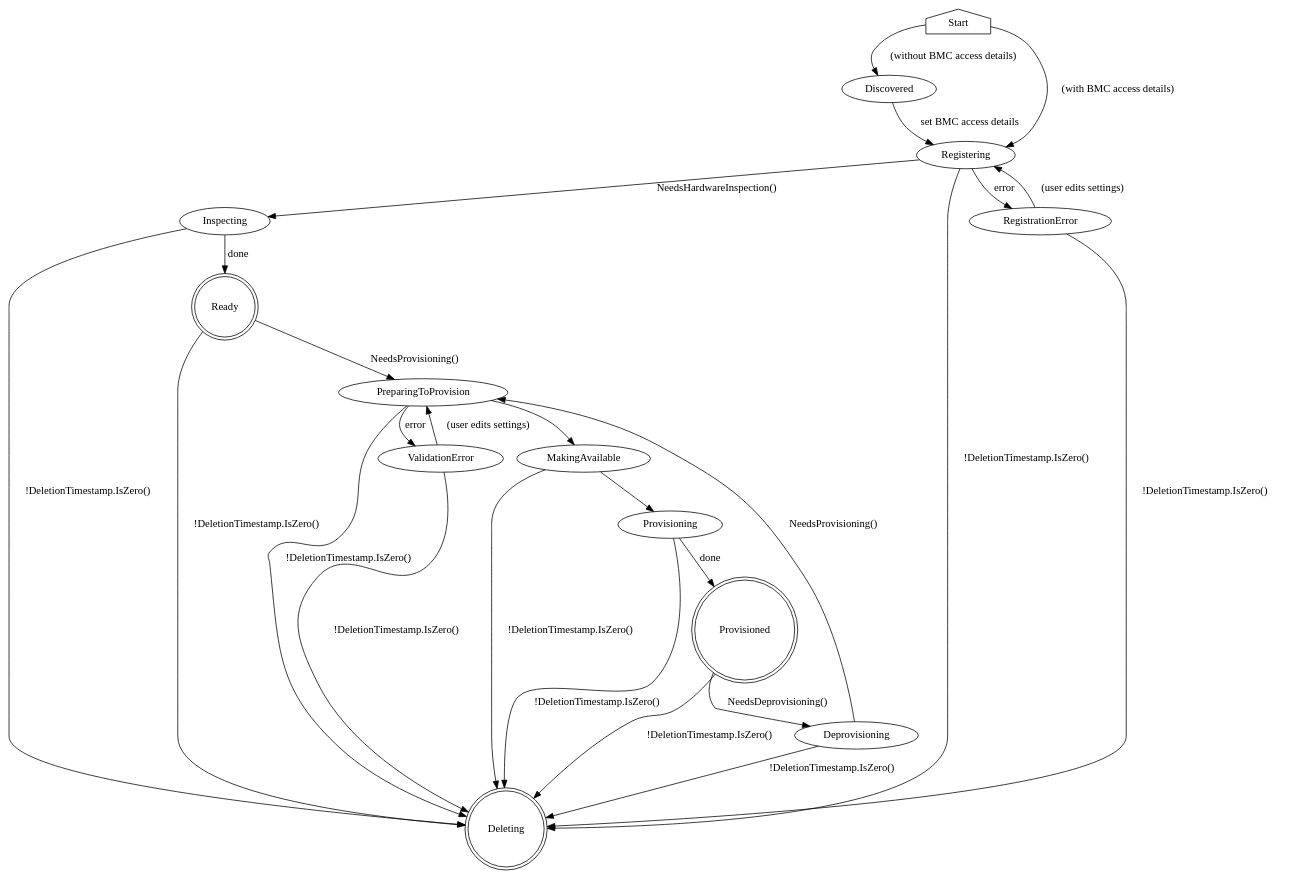
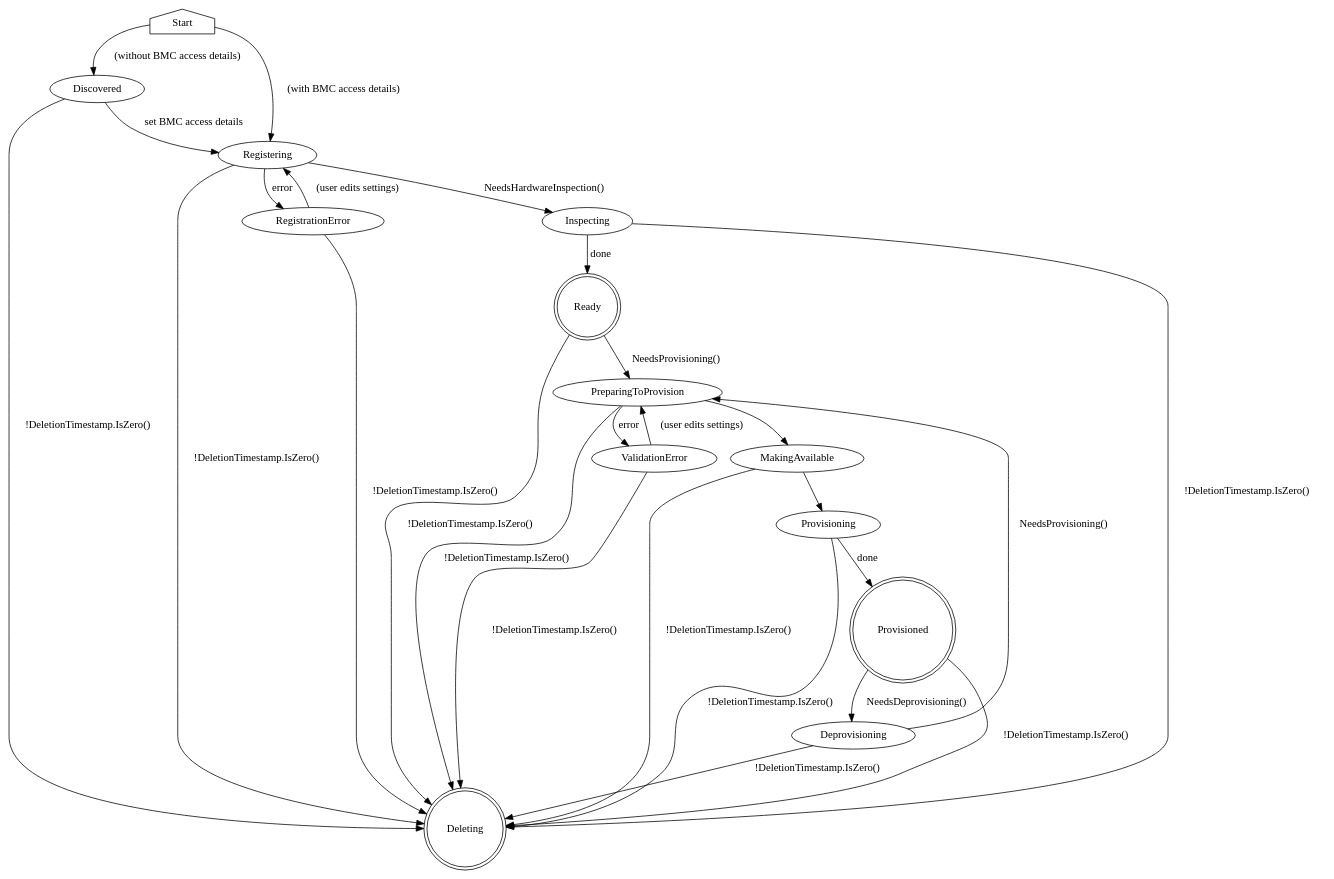
Before and after one commit to metal3-io/baremetal-operator: the diagram in docs/BaremetalHost_ProvisioningState.dot, drawn with Graphviz. The commit also changed 1 other file, not shown here.

Commit message:
add discovered->deleting transition

```diff
--- a/docs/BaremetalHost_ProvisioningState.dot
+++ b/docs/BaremetalHost_ProvisioningState.dot
@@ -1,43 +1,44 @@
 digraph BaremetalHost {
     Start [shape=house]
     Start -> Discovered [label="(without BMC access details)"]
     Start -> Registering [label="(with BMC access details)"]
 
     Discovered -> Registering [label="set BMC access details"]
+    Discovered -> Deleting [label="!DeletionTimestamp.IsZero()"]
 
     Registering -> Inspecting [label="NeedsHardwareInspection()"]
     Registering -> Deleting [label="!DeletionTimestamp.IsZero()"]
     Registering -> RegistrationError [label=error]
 
     Inspecting -> Deleting [label="!DeletionTimestamp.IsZero()"]
     Inspecting -> Ready [label="done"]
 
     RegistrationError -> Deleting [label="!DeletionTimestamp.IsZero()"]
     RegistrationError -> Registering [label="(user edits settings)"]
 
     Ready [shape=doublecircle]
     Ready -> Deleting [label="!DeletionTimestamp.IsZero()"]
     Ready -> PreparingToProvision [label="NeedsProvisioning()"]
 
     PreparingToProvision -> ValidationError [label=error]
     PreparingToProvision -> MakingAvailable
     PreparingToProvision -> Deleting [label="!DeletionTimestamp.IsZero()"]
 
     ValidationError -> Deleting [label="!DeletionTimestamp.IsZero()"]
     ValidationError -> PreparingToProvision [label="(user edits settings)"]
 
     MakingAvailable -> Provisioning
     MakingAvailable -> Deleting [label="!DeletionTimestamp.IsZero()"]
 
     Provisioning -> Deleting [label="!DeletionTimestamp.IsZero()"]
     Provisioning -> Provisioned [label=done]
 
     Provisioned [shape=doublecircle]
     Provisioned -> Deprovisioning [label="NeedsDeprovisioning()"]
     Provisioned -> Deleting [label="!DeletionTimestamp.IsZero()"]
 
     Deleting [shape=doublecircle]
 
     Deprovisioning -> Deleting [label="!DeletionTimestamp.IsZero()"]
     Deprovisioning -> PreparingToProvision [label="NeedsProvisioning()"]
 }
```
